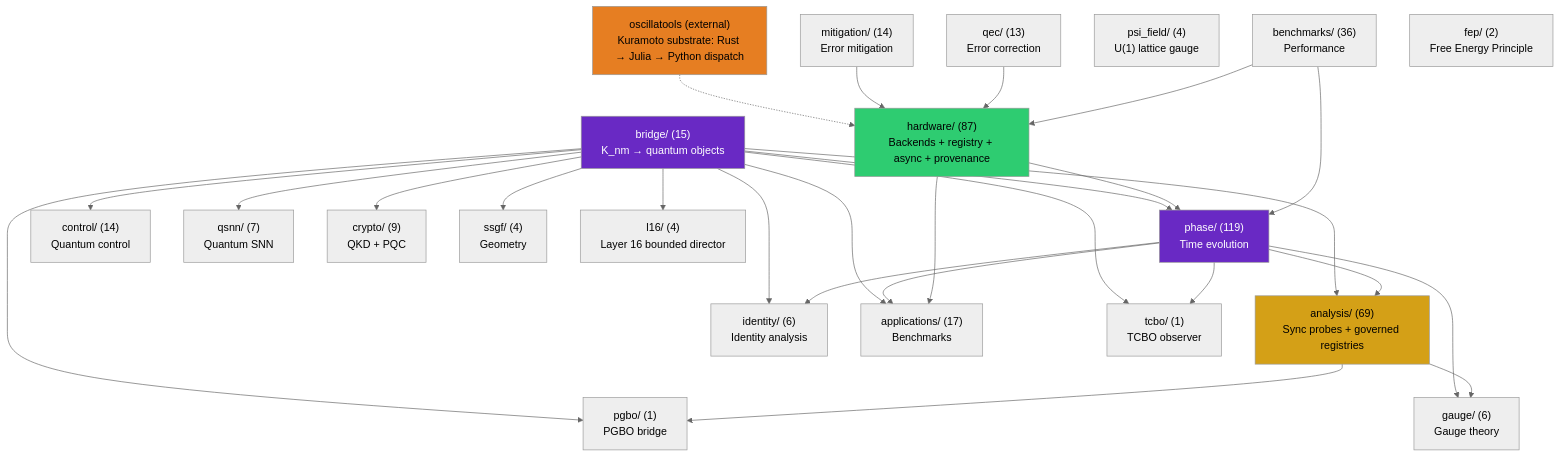
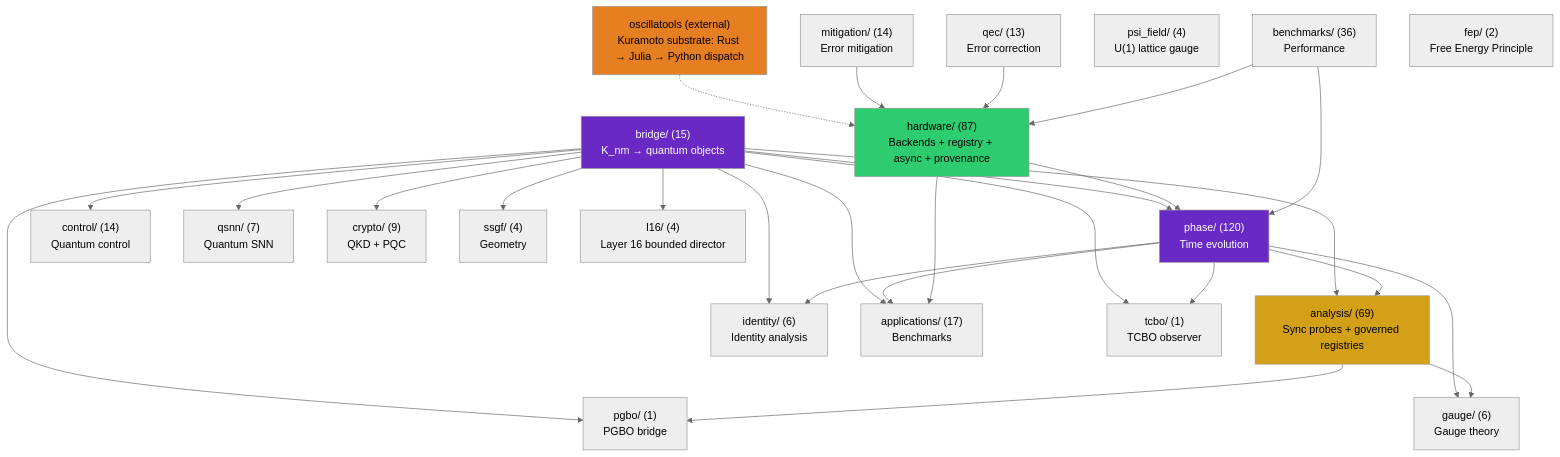
One commit to anulum/scpn-quantum-control changed the second of 5 diagrams in docs/architecture.md. Above: the diagram before and after it, drawn with Mermaid (neutral theme). The commit also changed other lines of this file and 1 other file, not shown here.

Commit message:
docs: count the tensor-network diagnostics module
a3458dd9d added src/scpn_quantum_control/phase/mps_diagnostics.py. The
architecture page and the landing page still said 787 Python modules and
the architecture diagram 119 modules in the phase package; the package
holds 788 and 120. The two consistency tests failed in the container
workflow, which runs the whole selection without stopping at the first
failure.

Seat: 90ad
Authored by Anulum Fortis & Arcane Sapience (protoscience@anulum.li)

````diff
--- a/docs/architecture.md
+++ b/docs/architecture.md
@@ -812,55 +812,55 @@
 ```mermaid
 graph TD
     bridge["bridge/ (15)\nK_nm → quantum objects"]
-    phase["phase/ (119)\nTime evolution"]
+    phase["phase/ (120)\nTime evolution"]
     analysis["analysis/ (69)\nSync probes + governed registries"]
     control["control/ (14)\nQuantum control"]
     qsnn["qsnn/ (7)\nQuantum SNN"]
     identity["identity/ (6)\nIdentity analysis"]
     hardware["hardware/ (87)\nBackends + registry + async + provenance"]
     mitigation["mitigation/ (14)\nError mitigation"]
     qec["qec/ (13)\nError correction"]
     gauge["gauge/ (6)\nGauge theory"]
     apps["applications/ (17)\nBenchmarks"]
     crypto["crypto/ (9)\nQKD + PQC"]
     benchmarks["benchmarks/ (36)\nPerformance"]
     ssgf["ssgf/ (4)\nGeometry"]
     psi_field["psi_field/ (4)\nU(1) lattice gauge"]
     oscillatools["oscillatools (external)\nKuramoto substrate: Rust → Julia → Python dispatch"]
     fep["fep/ (2)\nFree Energy Principle"]
     tcbo["tcbo/ (1)\nTCBO observer"]
     pgbo["pgbo/ (1)\nPGBO bridge"]
     l16["l16/ (4)\nLayer 16 bounded director"]
 
     bridge --> phase
     bridge --> analysis
     bridge --> control
     bridge --> qsnn
     bridge --> identity
     bridge --> apps
     bridge --> crypto
     bridge --> ssgf
     phase --> analysis
     phase --> identity
     phase --> apps
     phase --> gauge
     analysis --> gauge
     hardware --> phase
     hardware --> apps
     oscillatools -.-> hardware
     mitigation --> hardware
     qec --> hardware
     benchmarks --> phase
     benchmarks --> hardware
     bridge --> tcbo
     bridge --> pgbo
     bridge --> l16
     phase --> tcbo
     analysis --> pgbo
 
     style bridge fill:#6929C4,color:#fff
     style analysis fill:#d4a017,color:#000
     style phase fill:#6929C4,color:#fff
     style hardware fill:#2ecc71,color:#000
     style oscillatools fill:#e67e22,color:#000
 ```
````
